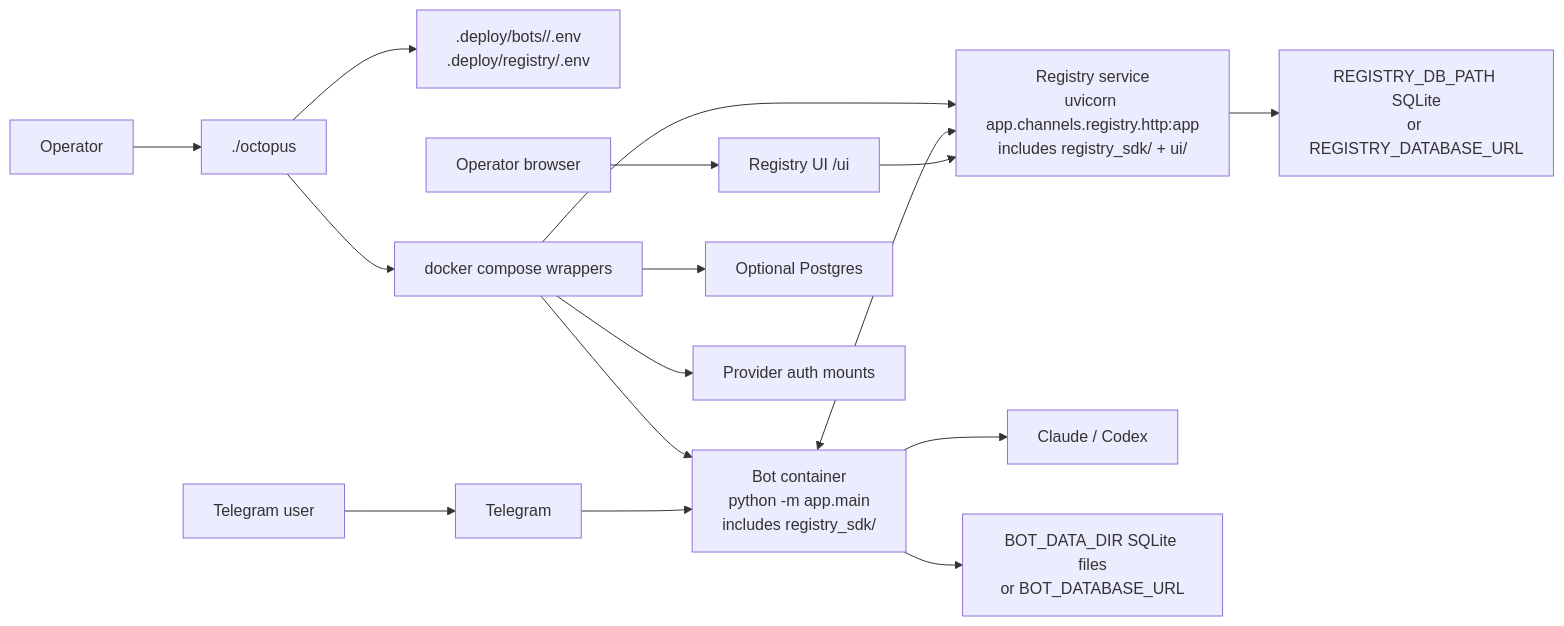
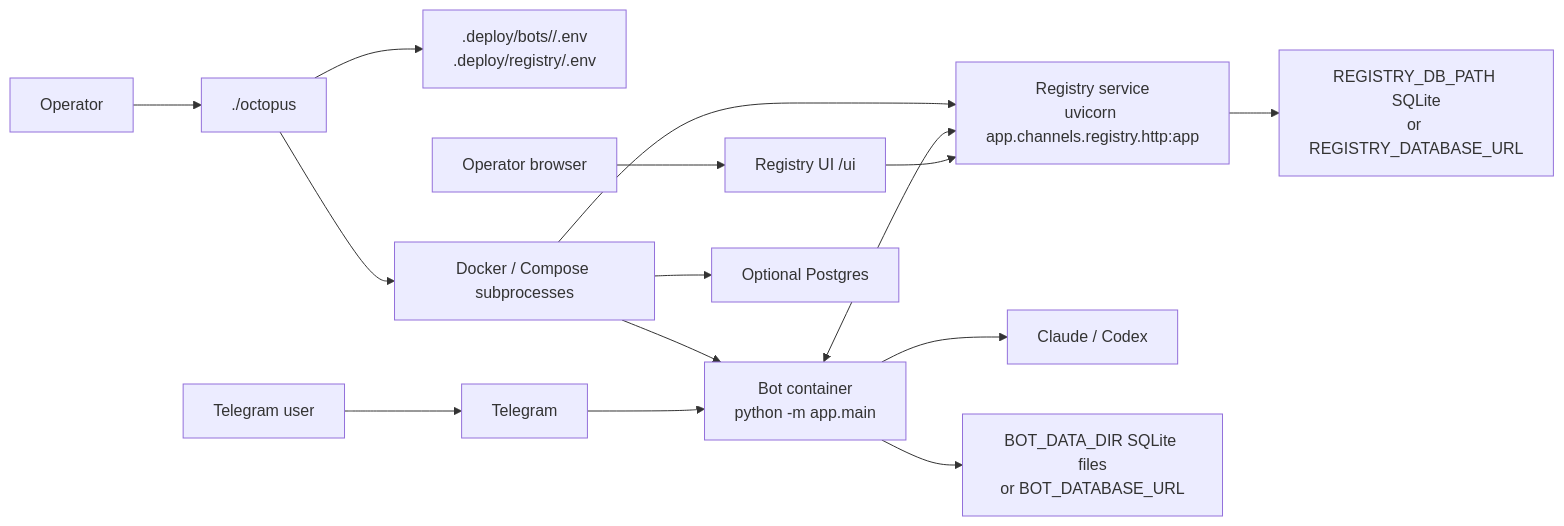
The first of 3 diagrams in ARCHITECTURE.md (privacynow/octopus), drawn with Mermaid before and after one commit. The commit also changed other lines of this file and 109 other files, not shown here.

````diff
--- a/ARCHITECTURE.md
+++ b/ARCHITECTURE.md
@@ -14,21 +14,20 @@
 ```mermaid
 flowchart LR
     Operator["Operator"] --> CLI["./octopus"]
     CLI --> Deploy[".deploy/bots/<slug>/.env<br/>.deploy/registry/.env"]
-    CLI --> Compose["docker compose wrappers"]
+    CLI --> Compose["Docker / Compose subprocesses"]
 
     User["Telegram user"] --> TG["Telegram"]
     Browser["Operator browser"] --> UI["Registry UI /ui"]
 
-    Compose --> Bot["Bot container<br/>python -m app.main<br/>includes registry_sdk/"]
-    Compose --> Registry["Registry service<br/>uvicorn app.channels.registry.http:app<br/>includes registry_sdk/ + ui/"]
+    Compose --> Bot["Bot container<br/>python -m app.main"]
+    Compose --> Registry["Registry service<br/>uvicorn app.channels.registry.http:app"]
     Compose --> PG["Optional Postgres"]
-    Compose --> Auth["Provider auth mounts"]
 
     TG --> Bot
     Bot --> Provider["Claude / Codex"]
-    Bot --> RuntimeDB["BOT_DATA_DIR SQLite files<br/>or BOT_DATABASE_URL"]
+    Bot --> BotDB["BOT_DATA_DIR SQLite files<br/>or BOT_DATABASE_URL"]
     Bot <--> Registry
     UI --> Registry
     Registry --> RegistryDB["REGISTRY_DB_PATH SQLite<br/>or REGISTRY_DATABASE_URL"]
 ```
````
